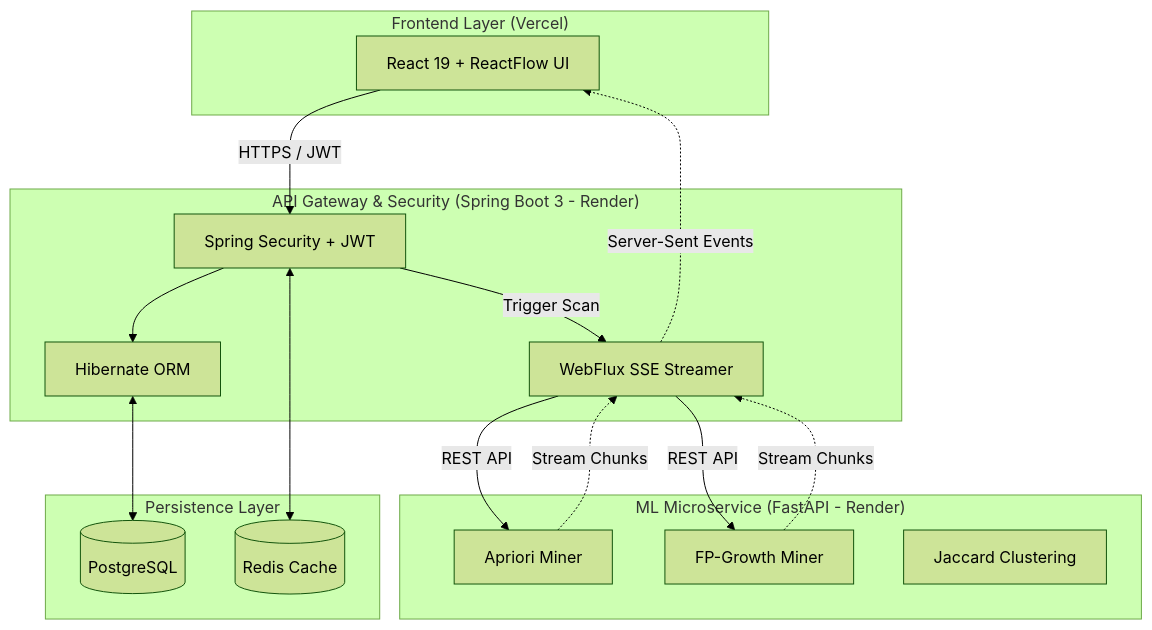
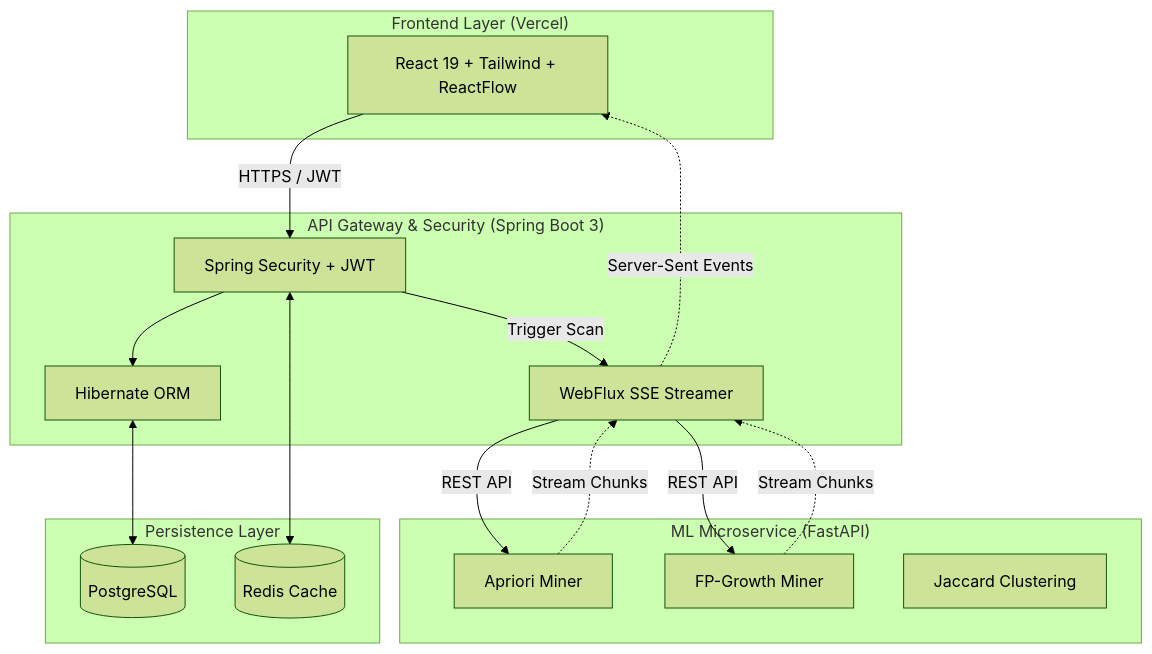
The diagram in README.md (PrathamMrana/BugRisk--Association-Rule-Driven-Risk-Hotspot-Miner-for-Codebases), drawn with Mermaid (forest theme) before and after one commit. The commit also changed other lines of this file, not shown here.

````diff
--- a/README.md
+++ b/README.md
@@ -36,35 +56,35 @@
 ```mermaid
 graph TD
     subgraph "Frontend Layer (Vercel)"
-        UI[React 19 + ReactFlow UI]
+        UI[React 19 + Tailwind + ReactFlow]
     end
 
-    subgraph "API Gateway & Security (Spring Boot 3 - Render)"
+    subgraph "API Gateway & Security (Spring Boot 3)"
         SEC[Spring Security + JWT]
         SSE[WebFlux SSE Streamer]
         JPA[Hibernate ORM]
     end
 
-    subgraph "ML Microservice (FastAPI - Render)"
+    subgraph "ML Microservice (FastAPI)"
         APRIORI[Apriori Miner]
         FPGROWTH[FP-Growth Miner]
         JACCARD[Jaccard Clustering]
     end
 
     subgraph "Persistence Layer"
         PG[(PostgreSQL)]
         REDIS[(Redis Cache)]
     end
 
     UI -- "HTTPS / JWT" --> SEC
     SEC -- "Trigger Scan" --> SSE
     SSE -- "REST API" --> APRIORI
     SSE -- "REST API" --> FPGROWTH
     APRIORI -. "Stream Chunks" .-> SSE
     FPGROWTH -. "Stream Chunks" .-> SSE
     SSE -. "Server-Sent Events" .-> UI
     
     SEC --> JPA
     JPA <--> PG
     SEC <--> REDIS
 ```
````
